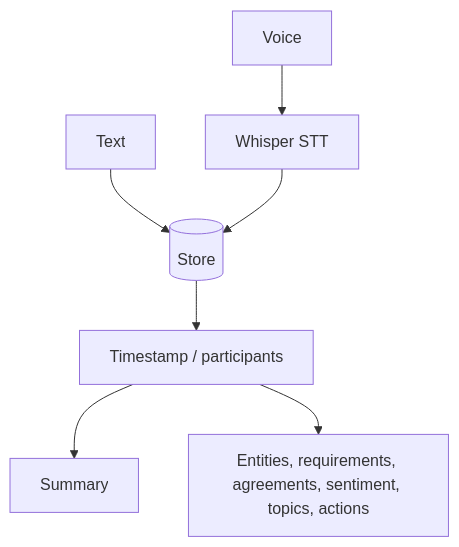
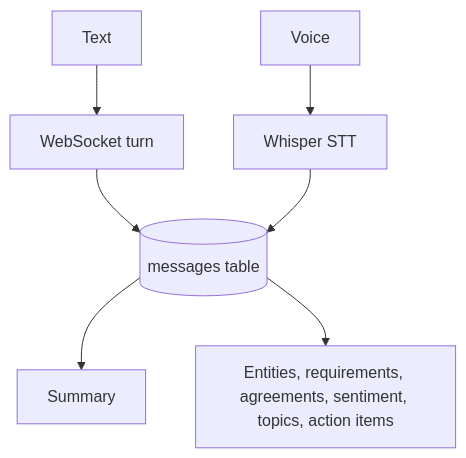
One commit to Gags-31/HubSpot-AI-CRM changed the diagram in docs/architecture/03-conversation-recording.md. Above: the diagram before and after it, drawn with Mermaid. The commit also changed other lines of this file and 62 other files, not shown here.

Commit message:
v3: SQLite persistence, 11 agents, JWT/RBAC security, WebSocket chat, vector store RAG, ML models, job runner, telemetry, seed data, CI, expanded website

````diff
--- a/docs/architecture/03-conversation-recording.md
+++ b/docs/architecture/03-conversation-recording.md
@@ -9,9 +9,9 @@
 ```mermaid
 flowchart TD
   V[Voice] --> W[Whisper STT]
-  T[Text] --> S[(Store)]
-  W --> S
-  S --> M[Timestamp / participants]
-  M --> SUM[Summary]
-  M --> E[Entities, requirements, agreements, sentiment, topics, actions]
+  T[Text] --> WS[WebSocket turn]
+  WS --> DB[(messages table)]
+  W --> DB
+  DB --> SUM[Summary]
+  DB --> ENT[Entities, requirements, agreements, sentiment, topics, action items]
 ```
````
